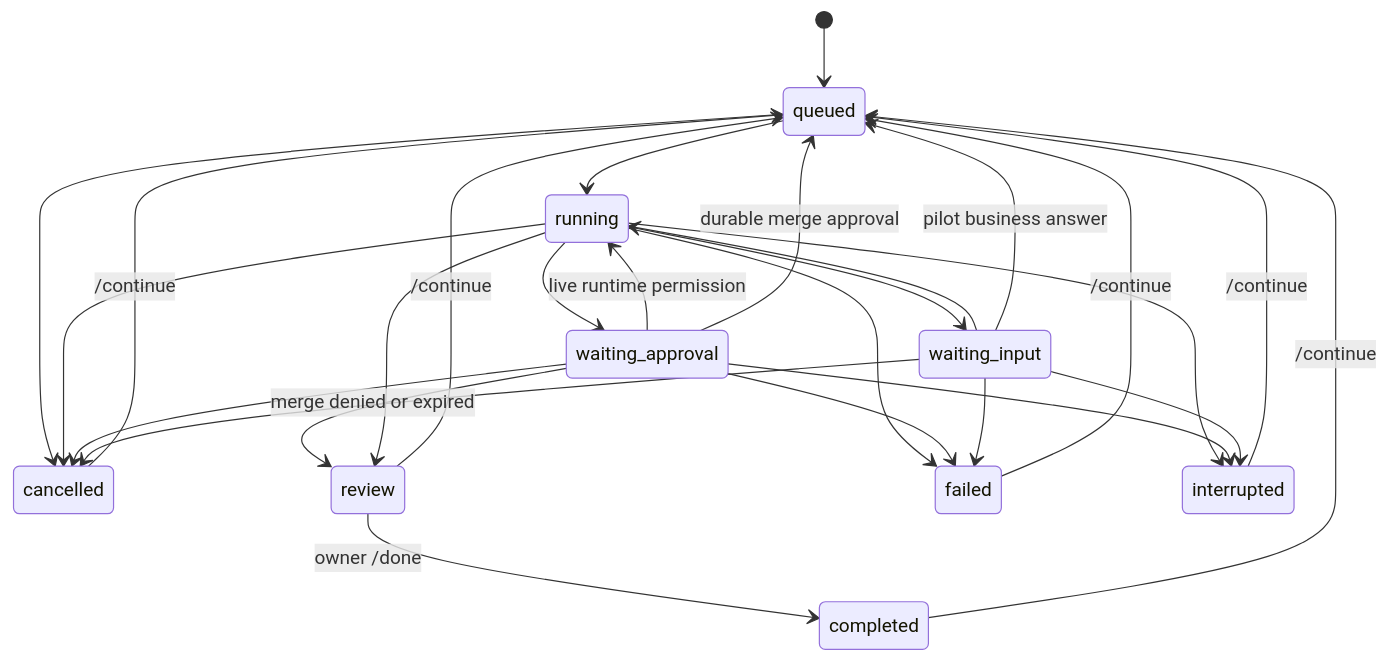
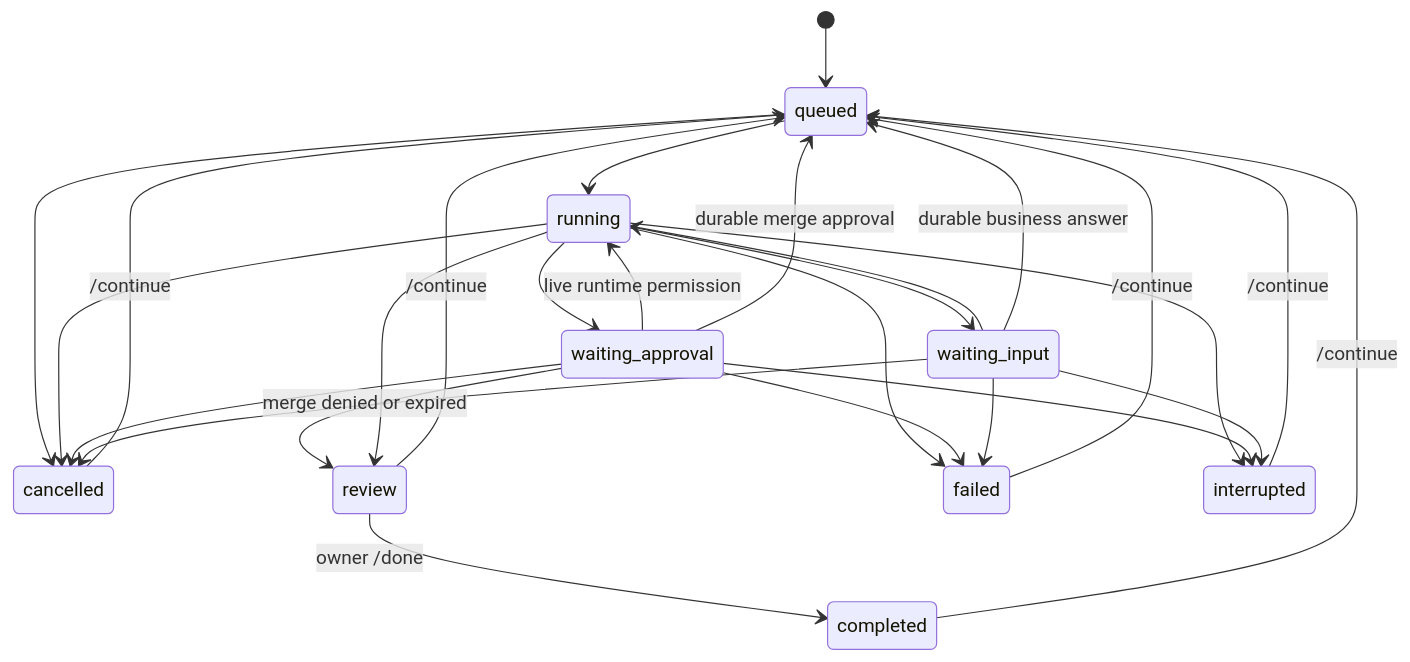
One commit to jgchenu/agent-steward changed the diagram in docs/architecture.md. Above: the diagram before and after it, drawn with Mermaid. The commit also changed other lines of this file and 12 other files, not shown here.

````diff
--- a/docs/architecture.md
+++ b/docs/architecture.md
@@ -38,29 +38,29 @@
 ```mermaid
 stateDiagram-v2
   [*] --> queued
   queued --> running
   queued --> cancelled
   running --> waiting_approval
   running --> waiting_input
   waiting_approval --> running: live runtime permission
   waiting_approval --> queued: durable merge approval
   waiting_approval --> review: merge denied or expired
   waiting_input --> running
-  waiting_input --> queued: pilot business answer
+  waiting_input --> queued: durable business answer
   running --> review
   review --> completed: owner /done
   running --> failed
   running --> cancelled
   running --> interrupted
   waiting_approval --> interrupted
   waiting_input --> interrupted
   waiting_approval --> cancelled
   waiting_input --> cancelled
   waiting_approval --> failed
   waiting_input --> failed
   review --> queued: /continue
   completed --> queued: /continue
   failed --> queued: /continue
   cancelled --> queued: /continue
   interrupted --> queued: /continue
 ```
````
